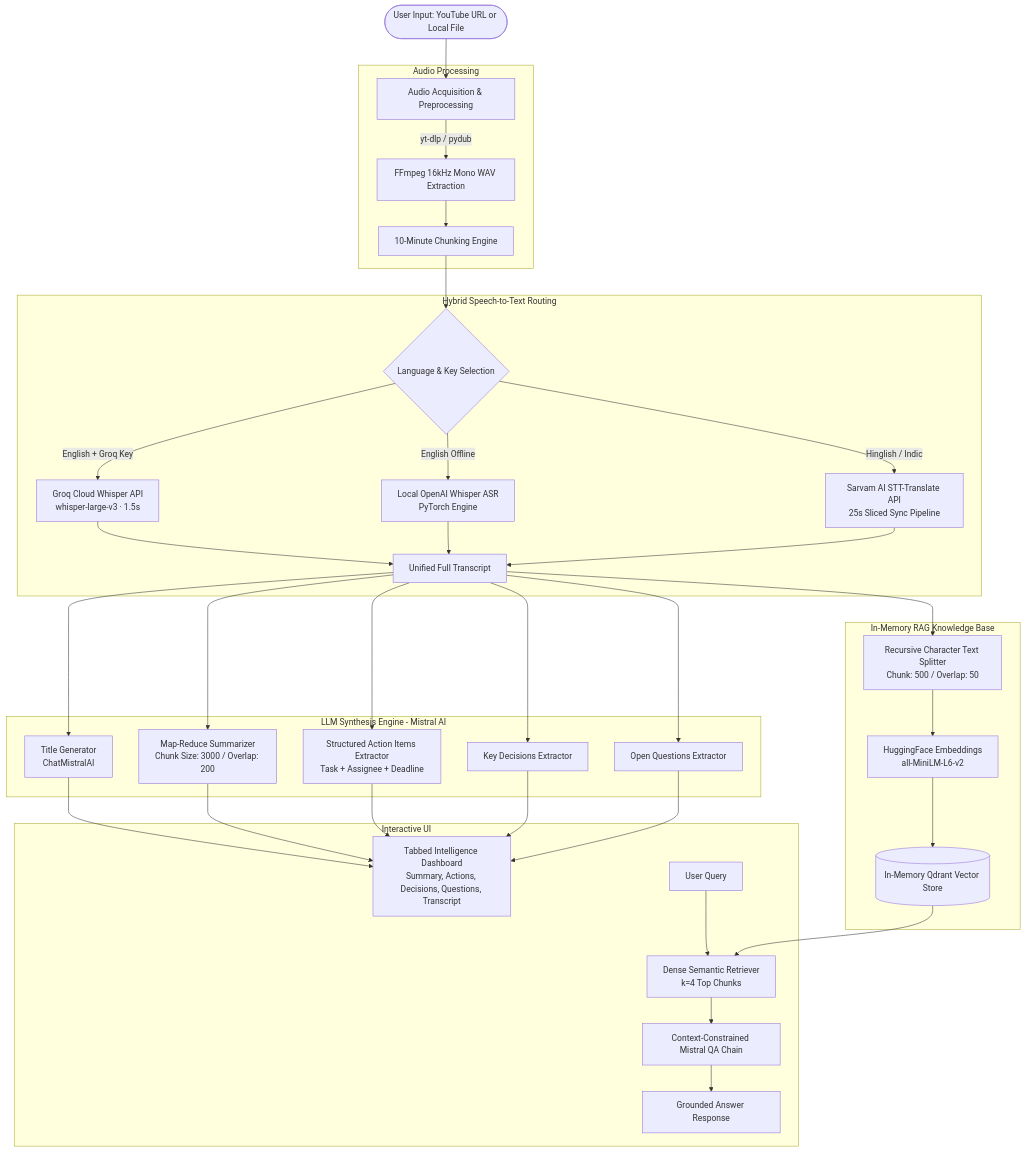
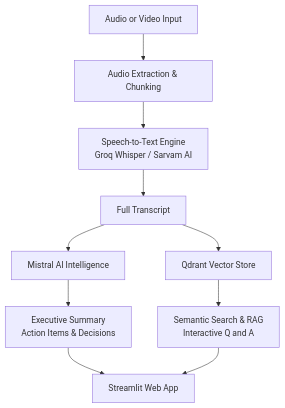
The first of 2 diagrams in README.md (Sara-shehreen07/Briefly-AI), drawn with Mermaid before and after one commit. The commit also changed other lines of this file, not shown here.

Commit message:
Simplify architecture diagram and remove logo

````diff
--- a/README.md
+++ b/README.md
@@ -64,52 +63,15 @@
 ```mermaid
 flowchart TD
-    %% Input Layer
-    A([User Input: YouTube URL or Local File]) --> B[Audio Acquisition & Preprocessing]
+    A[Audio or Video Input] --> B[Audio Extraction & Chunking]
+    B --> C[Speech-to-Text Engine<br/>Groq Whisper / Sarvam AI]
+    C --> D[Full Transcript]
     
-    %% Audio Processing Subsystem
-    subgraph Audio Processing
-        B -->|yt-dlp / pydub| C[FFmpeg 16kHz Mono WAV Extraction]
-        C --> D[10-Minute Chunking Engine]
-    end
-
-    %% Transcription Routing Subsystem
-    subgraph Hybrid Speech-to-Text Routing
-        D --> E{Language & Key Selection}
-        E -->|English + Groq Key| F1[Groq Cloud Whisper API<br/>whisper-large-v3 · 1.5s]
-        E -->|English Offline| F2[Local OpenAI Whisper ASR<br/>PyTorch Engine]
-        E -->|Hinglish / Indic| G[Sarvam AI STT-Translate API<br/>25s Sliced Sync Pipeline]
-        F1 --> H[Unified Full Transcript]
-        F2 --> H
-        G --> H
-    end
-
-    %% Intelligence Synthesis Subsystem
-    subgraph LLM Synthesis Engine - Mistral AI
-        H --> I1[Title Generator<br/>ChatMistralAI]
-        H --> I2[Map-Reduce Summarizer<br/>Chunk Size: 3000 / Overlap: 200]
-        H --> I3[Structured Action Items Extractor<br/>Task + Assignee + Deadline]
-        H --> I4[Key Decisions Extractor]
-        H --> I5[Open Questions Extractor]
-    end
-
-    %% Vector RAG Subsystem
-    subgraph In-Memory RAG Knowledge Base
-        H --> J[Recursive Character Text Splitter<br/>Chunk: 500 / Overlap: 50]
-        J --> K[HuggingFace Embeddings<br/>all-MiniLM-L6-v2]
-        K --> L[(In-Memory Qdrant Vector Store)]
-    end
-
-    %% Presentation Layer
-    subgraph Interactive UI
-        I1 --> M[Tabbed Intelligence Dashboard<br/>Summary, Actions, Decisions, Questions, Transcript]
-        I2 --> M
-        I3 --> M
-        I4 --> M
-        I5 --> M
-        
-        N[User Query] --> O[Dense Semantic Retriever<br/>k=4 Top Chunks]
-        L --> O
-        O --> P[Context-Constrained Mistral QA Chain]
-        P --> Q[Grounded Answer Response]
-    end
+    D --> E[Mistral AI Intelligence]
+    D --> F[Qdrant Vector Store]
+    
+    E --> G[Executive Summary<br/>Action Items & Decisions]
+    F --> H[Semantic Search & RAG<br/>Interactive Q and A]
+    
+    G --> I[Streamlit Web App]
+    H --> I
 ```
````
